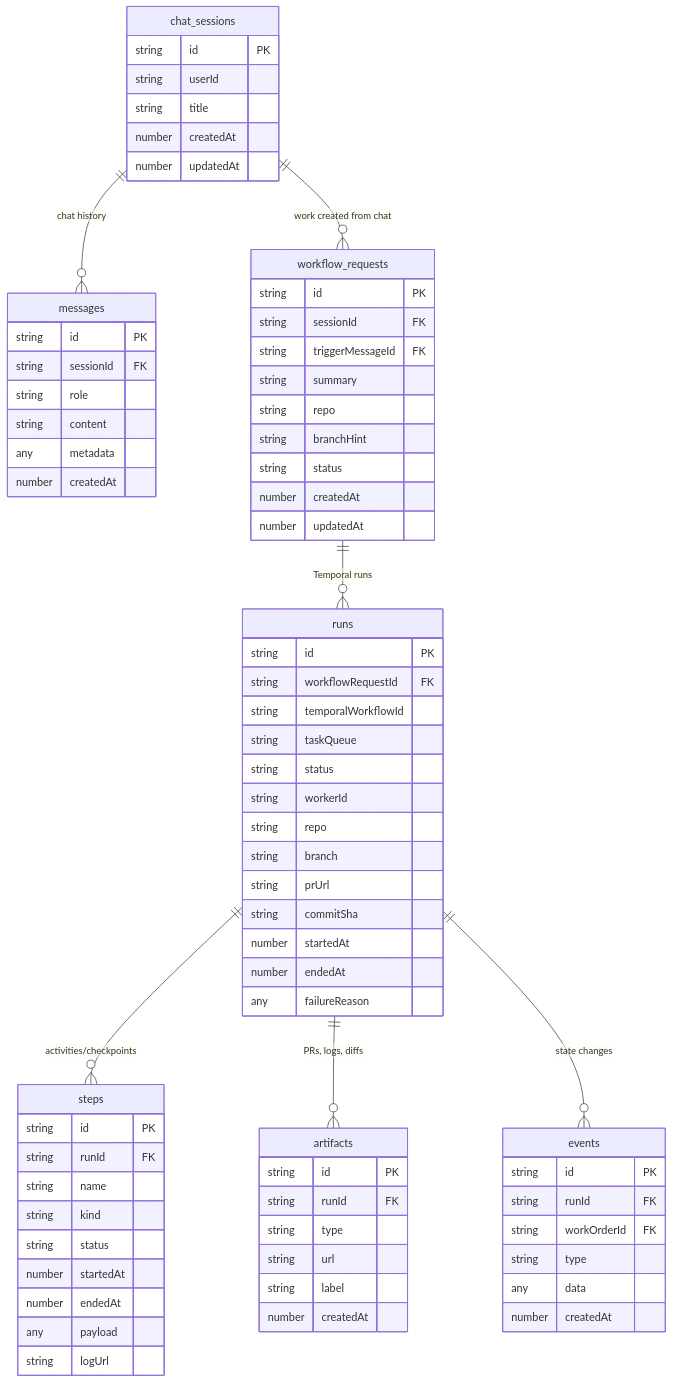
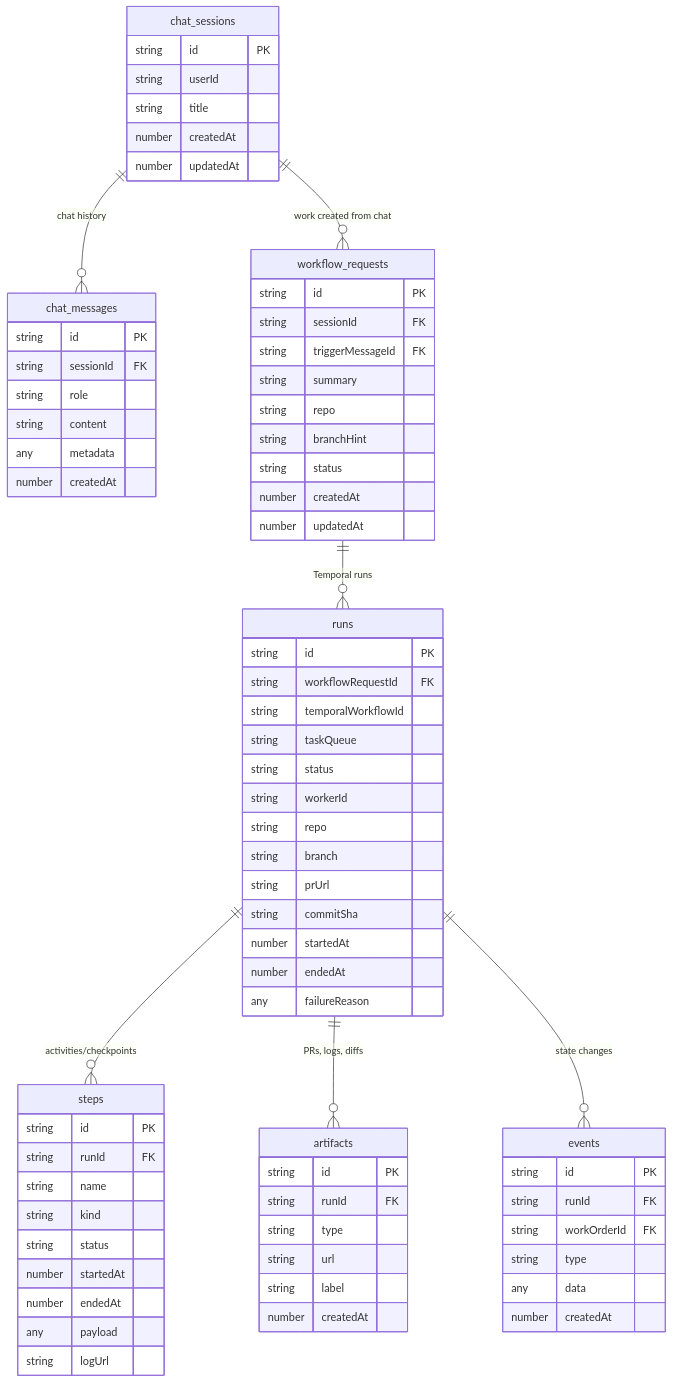
The diagram in docs/jangar/persistence.md (proompteng/lab), drawn with Mermaid before and after one commit. The commit also changed other lines of this file, not shown here.

Commit message:
docs: rename messages to chat_messages

```diff
--- a/docs/jangar/persistence.md
+++ b/docs/jangar/persistence.md
@@ -39,7 +39,7 @@
     number updatedAt
   }
 
-  messages {
+  chat_messages {
     string id PK
     string sessionId FK
     string role
@@ -106,7 +106,7 @@
     number createdAt
   }
 
-  chat_sessions ||--o{ messages : "chat history"
+  chat_sessions ||--o{ chat_messages : "chat history"
   chat_sessions ||--o{ workflow_requests : "work created from chat"
   workflow_requests ||--o{ runs : "Temporal runs"
   runs ||--o{ steps : "activities/checkpoints"
```
